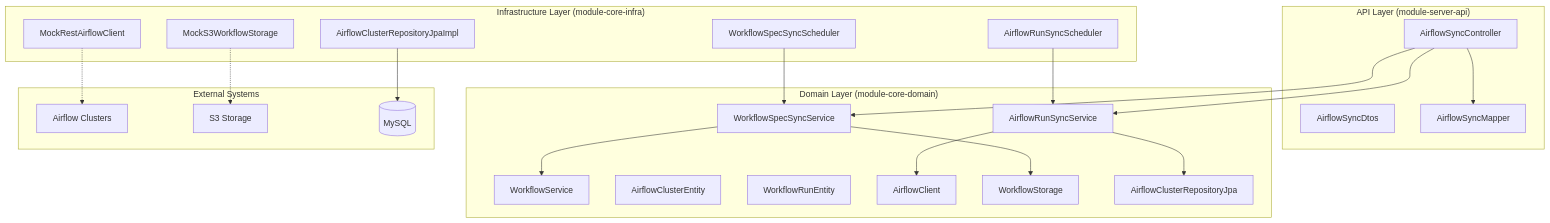
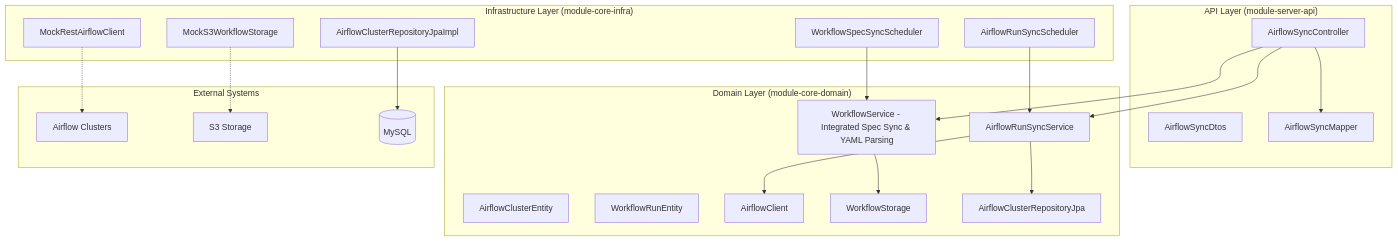
The diagram in project-basecamp-server/features/AIRFLOW_RELEASE.md (1ambda/dataops-platform), drawn with Mermaid before and after one commit. The commit also changed other lines of this file and 35 other files, not shown here.

````diff
--- a/project-basecamp-server/features/AIRFLOW_RELEASE.md
+++ b/project-basecamp-server/features/AIRFLOW_RELEASE.md
@@ -153,46 +151,44 @@
 ```mermaid
 graph TB
     subgraph "API Layer (module-server-api)"
         ASC[AirflowSyncController]
         ASD[AirflowSyncDtos]
         ASM[AirflowSyncMapper]
     end
 
     subgraph "Domain Layer (module-core-domain)"
-        WSS[WorkflowSpecSyncService]
+        WS[WorkflowService - Integrated Spec Sync & YAML Parsing]
         ARS[AirflowRunSyncService]
-        WS[WorkflowService]
         ACE[AirflowClusterEntity]
         WRE[WorkflowRunEntity]
         AC[AirflowClient]
         WS3[WorkflowStorage]
         ACR[AirflowClusterRepositoryJpa]
     end
 
     subgraph "Infrastructure Layer (module-core-infra)"
         WSSS[WorkflowSpecSyncScheduler]
         ARSS[AirflowRunSyncScheduler]
         MS3[MockS3WorkflowStorage]
         MRC[MockRestAirflowClient]
         ACRI[AirflowClusterRepositoryJpaImpl]
     end
 
     subgraph "External Systems"
         AF[Airflow Clusters]
         S3[S3 Storage]
         DB[(MySQL)]
     end
 
-    ASC --> WSS
+    ASC --> WS
     ASC --> ARS
     ASC --> ASM
-    WSS --> WS3
-    WSS --> WS
+    WS --> WS3
     ARS --> AC
     ARS --> ACR
-    WSSS --> WSS
+    WSSS --> WS
     ARSS --> ARS
     MS3 -.-> S3
     MRC -.-> AF
     ACRI --> DB
 ```
````
